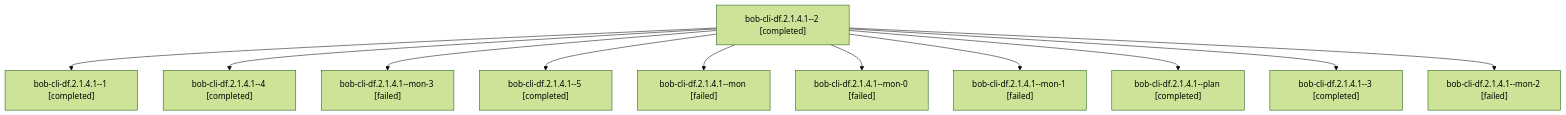
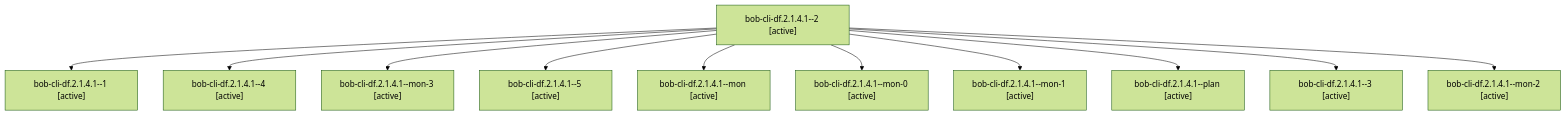
The diagram in sessions/bbugyi200.athena.bob-cli-df.2.1.4.1.md (bobs-org/bob-cli--agents), drawn with Mermaid (forest theme) before and after one commit. The commit also changed other lines of this file and 128 other files, not shown here.

````diff
--- a/sessions/bbugyi200.athena.bob-cli-df.2.1.4.1.md
+++ b/sessions/bbugyi200.athena.bob-cli-df.2.1.4.1.md
@@ -9,24 +9,24 @@
 ```mermaid
 flowchart TD
-  n0["bob-cli-df.2.1.4.1--2 [completed]"]
-  n1["bob-cli-df.2.1.4.1--1 [completed]"]
+  n0["bob-cli-df.2.1.4.1--2 [active]"]
+  n1["bob-cli-df.2.1.4.1--1 [active]"]
   n0 --> n1
-  n2["bob-cli-df.2.1.4.1--4 [completed]"]
+  n2["bob-cli-df.2.1.4.1--4 [active]"]
   n0 --> n2
-  n3["bob-cli-df.2.1.4.1--mon-3 [failed]"]
+  n3["bob-cli-df.2.1.4.1--mon-3 [active]"]
   n0 --> n3
-  n4["bob-cli-df.2.1.4.1--5 [completed]"]
+  n4["bob-cli-df.2.1.4.1--5 [active]"]
   n0 --> n4
-  n5["bob-cli-df.2.1.4.1--mon [failed]"]
+  n5["bob-cli-df.2.1.4.1--mon [active]"]
   n0 --> n5
-  n6["bob-cli-df.2.1.4.1--mon-0 [failed]"]
+  n6["bob-cli-df.2.1.4.1--mon-0 [active]"]
   n0 --> n6
-  n7["bob-cli-df.2.1.4.1--mon-1 [failed]"]
+  n7["bob-cli-df.2.1.4.1--mon-1 [active]"]
   n0 --> n7
-  n8["bob-cli-df.2.1.4.1--plan [completed]"]
+  n8["bob-cli-df.2.1.4.1--plan [active]"]
   n0 --> n8
-  n9["bob-cli-df.2.1.4.1--3 [completed]"]
+  n9["bob-cli-df.2.1.4.1--3 [active]"]
   n0 --> n9
-  n10["bob-cli-df.2.1.4.1--mon-2 [failed]"]
+  n10["bob-cli-df.2.1.4.1--mon-2 [active]"]
   n0 --> n10
 ```
````
